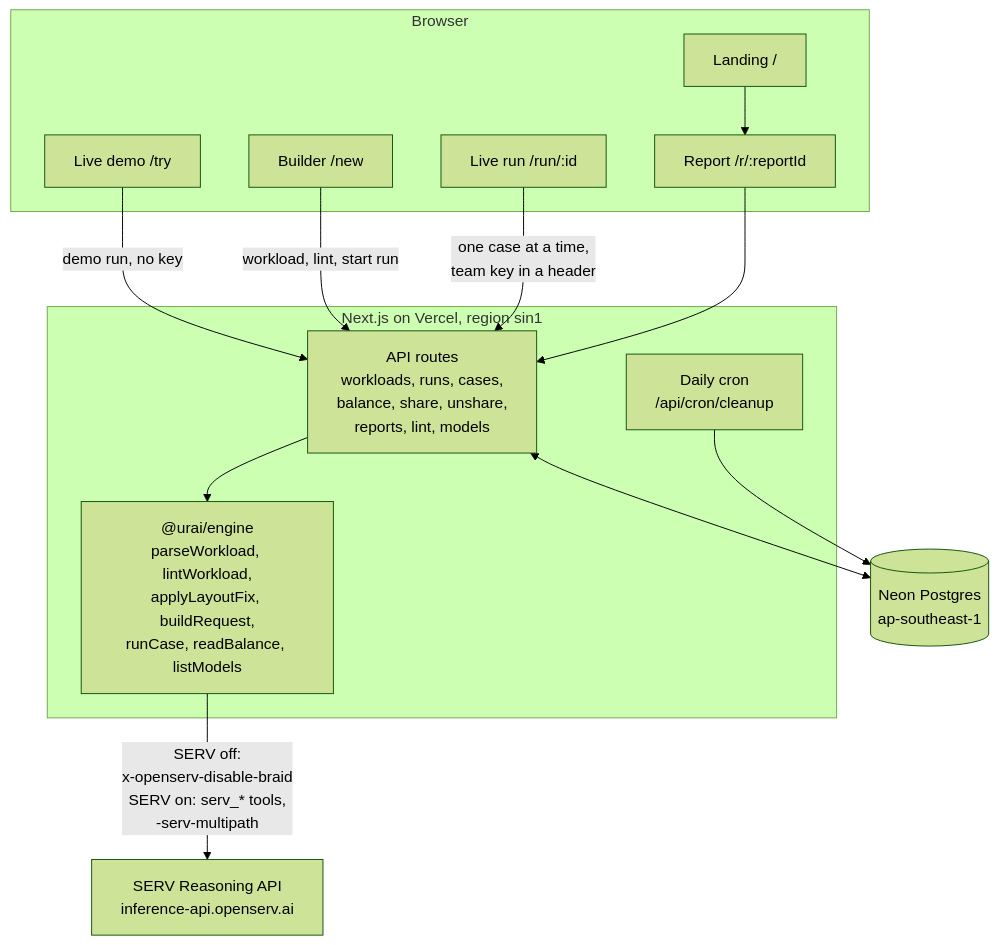
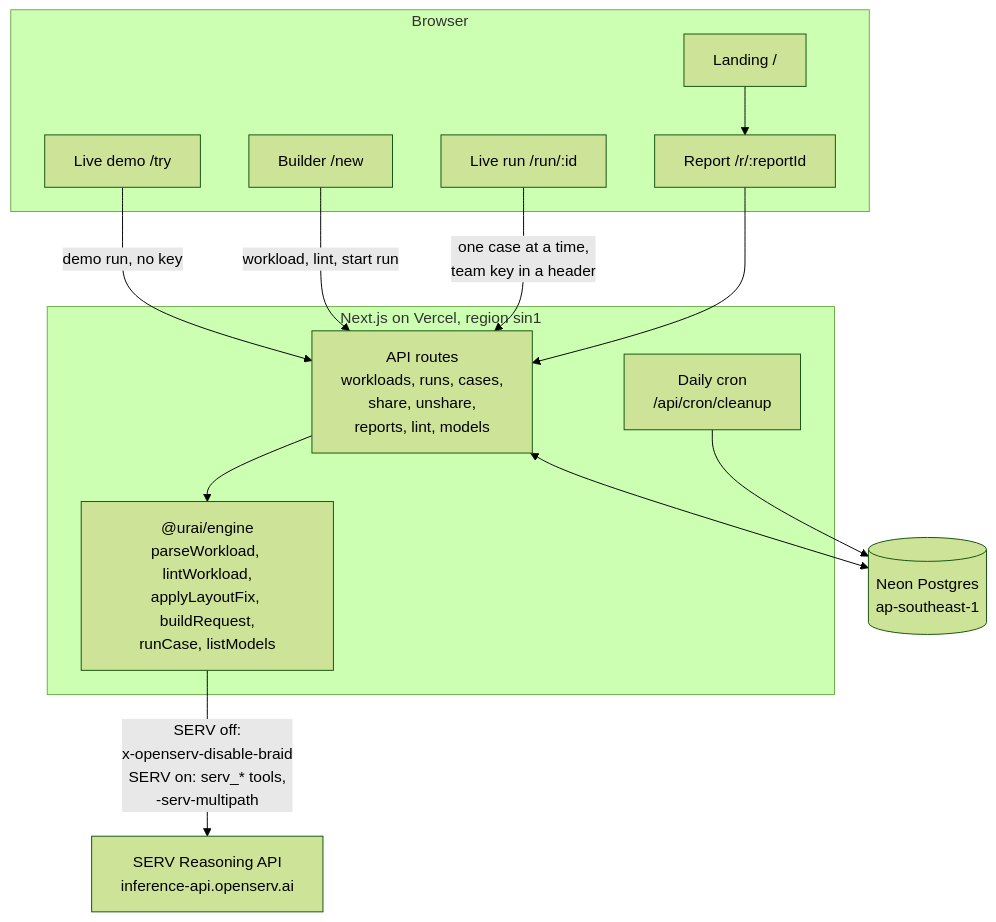
The first of 3 diagrams in ARCHITECTURE.md (ramakrishnanhulk20/Urai), drawn with Mermaid (forest theme) before and after one commit. The commit also changed other lines of this file and 54 other files, not shown here.

````diff
--- a/ARCHITECTURE.md
+++ b/ARCHITECTURE.md
@@ -10,29 +10,29 @@
 ```mermaid
 flowchart TB
   subgraph Browser
     L["Landing /"]
     T["Live demo /try"]
     N["Builder /new"]
     RV["Live run /run/:id"]
     RP["Report /r/:reportId"]
   end
 
   subgraph Vercel["Next.js on Vercel, region sin1"]
-    API["API routes<br/>workloads, runs, cases,<br/>balance, share, unshare,<br/>reports, lint, models"]
+    API["API routes<br/>workloads, runs, cases,<br/>share, unshare,<br/>reports, lint, models"]
     CRON["Daily cron<br/>/api/cron/cleanup"]
-    ENG["@urai/engine<br/>parseWorkload, lintWorkload,<br/>applyLayoutFix, buildRequest,<br/>runCase, readBalance, listModels"]
+    ENG["@urai/engine<br/>parseWorkload, lintWorkload,<br/>applyLayoutFix, buildRequest,<br/>runCase, listModels"]
   end
 
   DB[("Neon Postgres<br/>ap-southeast-1")]
   SERV["SERV Reasoning API<br/>inference-api.openserv.ai"]
 
   T -->|"demo run, no key"| API
   N -->|"workload, lint, start run"| API
   RV -->|"one case at a time,<br/>team key in a header"| API
   RP --> API
   L --> RP
   API --> ENG
   CRON --> DB
   API <--> DB
   ENG -->|"SERV off:<br/>x-openserv-disable-braid<br/>SERV on: serv_* tools,<br/>-serv-multipath"| SERV
 ```
````
